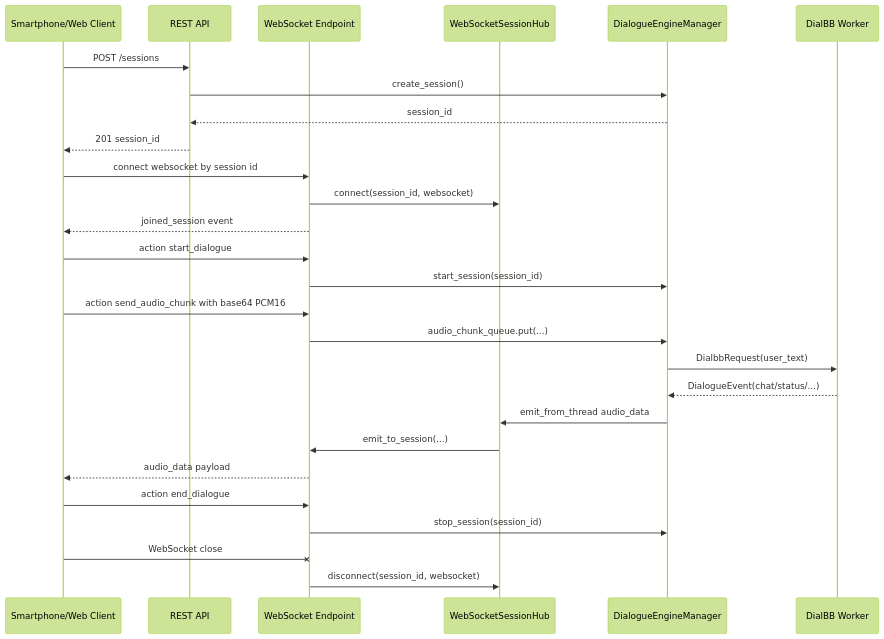
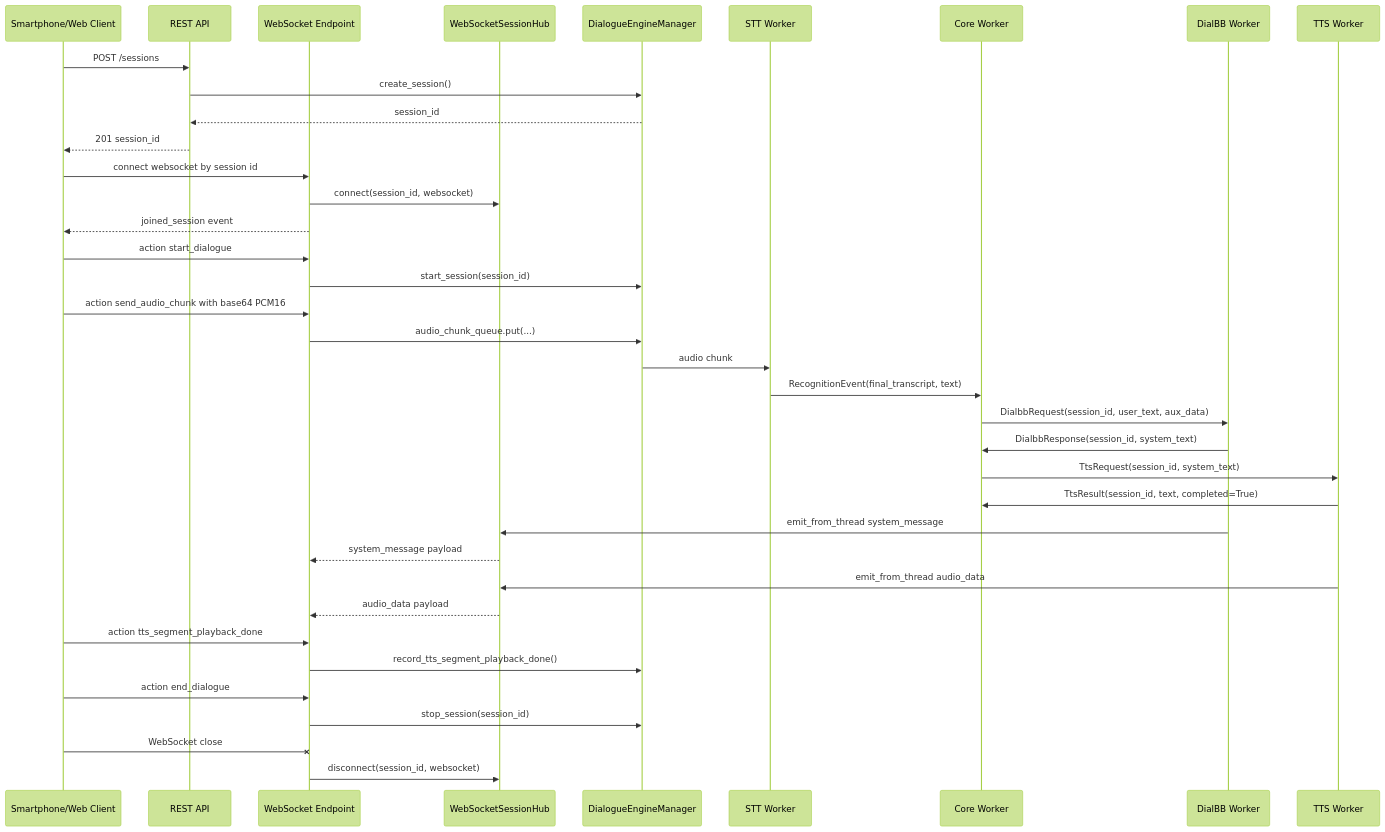
One commit to c4a-ri/dialbb changed the second of 2 diagrams in dialbb/multimodal/PHASE2_API.md. Above: the diagram before and after it, drawn with Mermaid (forest theme). The commit also changed other lines of this file and 7 other files, not shown here.

````diff
--- a/dialbb/multimodal/PHASE2_API.md
+++ b/dialbb/multimodal/PHASE2_API.md
@@ -245,35 +287,46 @@
 ```mermaid
 sequenceDiagram
   participant C as Smartphone/Web Client
   participant R as REST API
   participant W as WebSocket Endpoint
   participant H as WebSocketSessionHub
   participant E as DialogueEngineManager
+  participant STT as STT Worker
+  participant CORE as Core Worker
   participant D as DialBB Worker
+  participant T as TTS Worker
 
   C->>R: POST /sessions
   R->>E: create_session()
   E-->>R: session_id
   R-->>C: 201 session_id
 
   C->>W: connect websocket by session id
   W->>H: connect(session_id, websocket)
   W-->>C: joined_session event
 
   C->>W: action start_dialogue
   W->>E: start_session(session_id)
 
   C->>W: action send_audio_chunk with base64 PCM16
   W->>E: audio_chunk_queue.put(...)
-  E->>D: DialbbRequest(user_text)
-  D-->>E: DialogueEvent(chat/status/...)
+  E->>STT: audio chunk
+  STT->>CORE: RecognitionEvent(final_transcript, text)
+  CORE->>D: DialbbRequest(session_id, user_text, aux_data)
+  D->>CORE: DialbbResponse(session_id, system_text)
+  CORE->>T: TtsRequest(session_id, system_text)
+  T->>CORE: TtsResult(session_id, text, completed=True)
 
-  E->>H: emit_from_thread audio_data
-  H->>W: emit_to_session(...)
-  W-->>C: audio_data payload
+  D->>H: emit_from_thread system_message
+  H-->>W: system_message payload
+  T->>H: emit_from_thread audio_data
+  H-->>W: audio_data payload
+
+  C->>W: action tts_segment_playback_done
+  W->>E: record_tts_segment_playback_done()
 
   C->>W: action end_dialogue
   W->>E: stop_session(session_id)
   C-xW: WebSocket close
   W->>H: disconnect(session_id, websocket)
 ```
````
